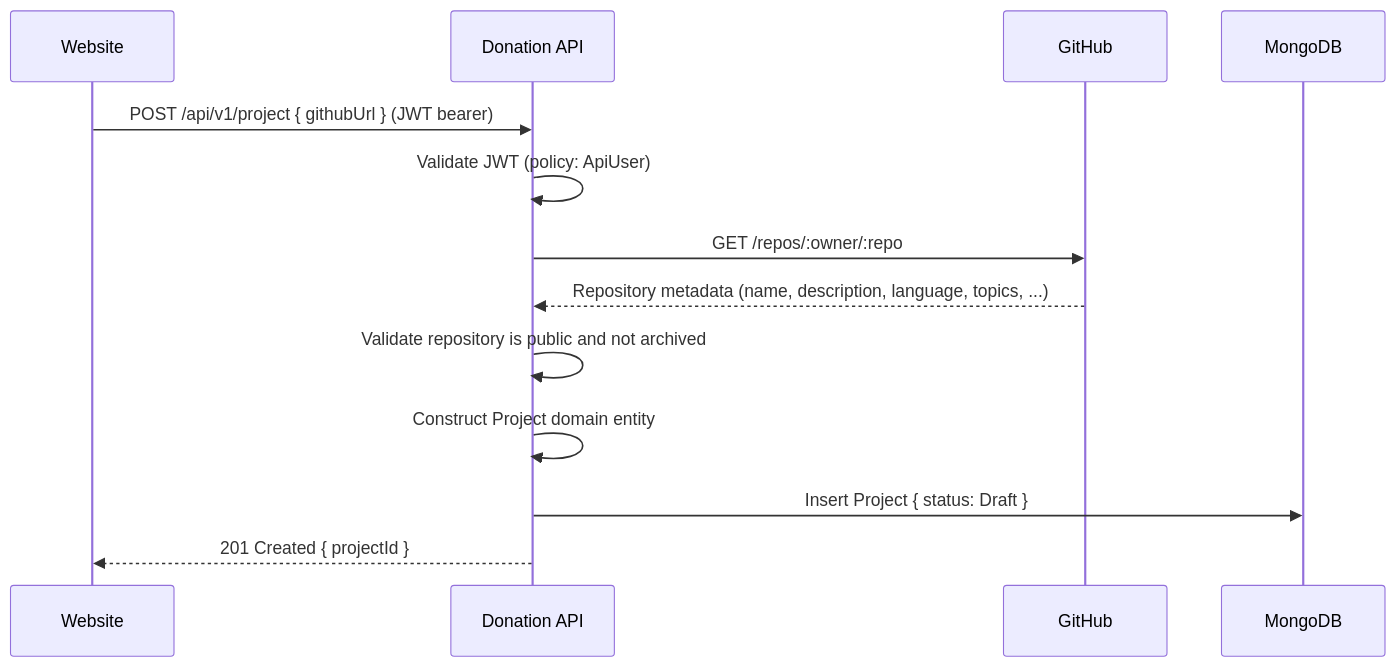
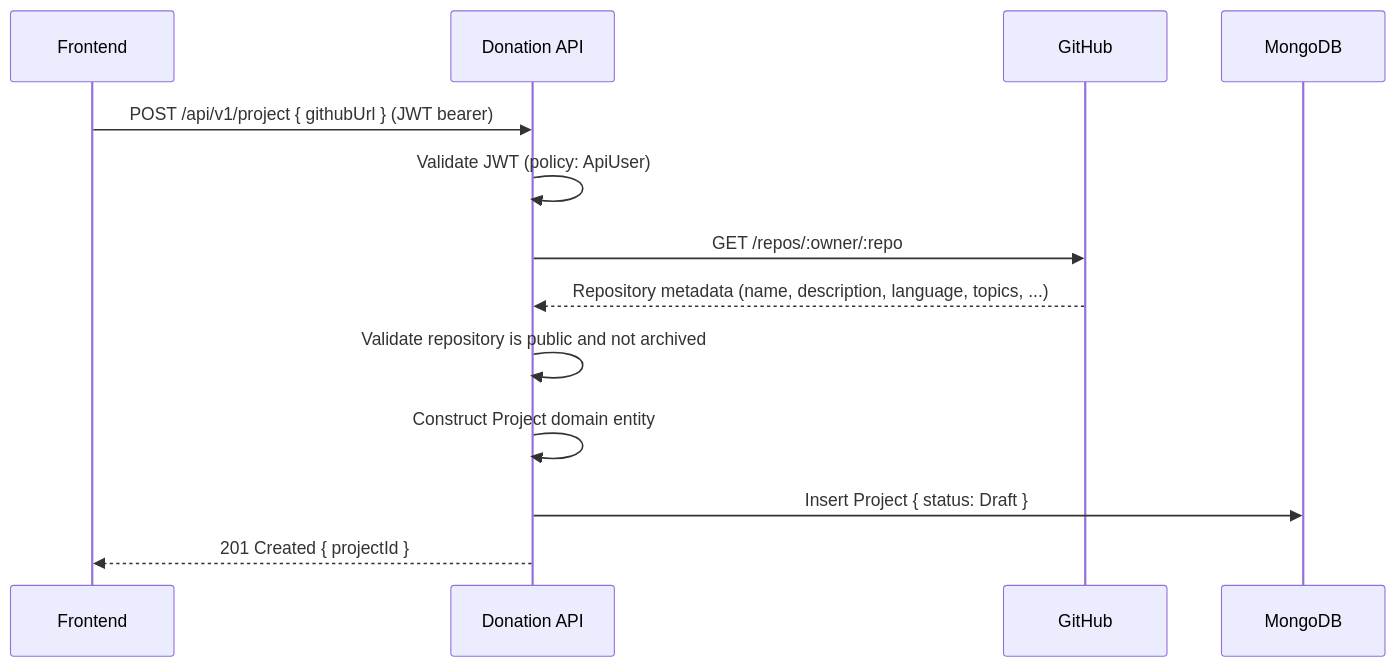
One commit to wouterfennis/TimeForCode changed the fourth of 5 diagrams in docs/architecture/arc42/06-runtime-view.md. Above: the diagram before and after it, drawn with Mermaid. The commit also changed other lines of this file and 142 other files, not shown here.

````diff
--- a/docs/architecture/arc42/06-runtime-view.md
+++ b/docs/architecture/arc42/06-runtime-view.md
@@ -86,16 +86,16 @@
 ```mermaid
 sequenceDiagram
-    participant Website
+    participant Frontend
     participant DonationAPI as Donation API
     participant GitHub
     participant MongoDB
 
-    Website->>DonationAPI: POST /api/v1/project { githubUrl } (JWT bearer)
+    Frontend->>DonationAPI: POST /api/v1/project { githubUrl } (JWT bearer)
     DonationAPI->>DonationAPI: Validate JWT (policy: ApiUser)
     DonationAPI->>GitHub: GET /repos/:owner/:repo
     GitHub-->>DonationAPI: Repository metadata (name, description, language, topics, ...)
     DonationAPI->>DonationAPI: Validate repository is public and not archived
     DonationAPI->>DonationAPI: Construct Project domain entity
     DonationAPI->>MongoDB: Insert Project { status: Draft }
-    DonationAPI-->>Website: 201 Created { projectId }
+    DonationAPI-->>Frontend: 201 Created { projectId }
 ```
````
